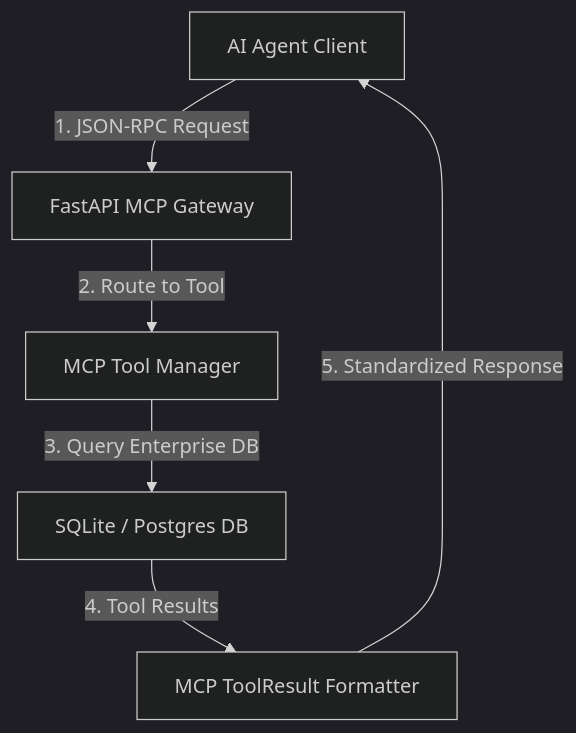
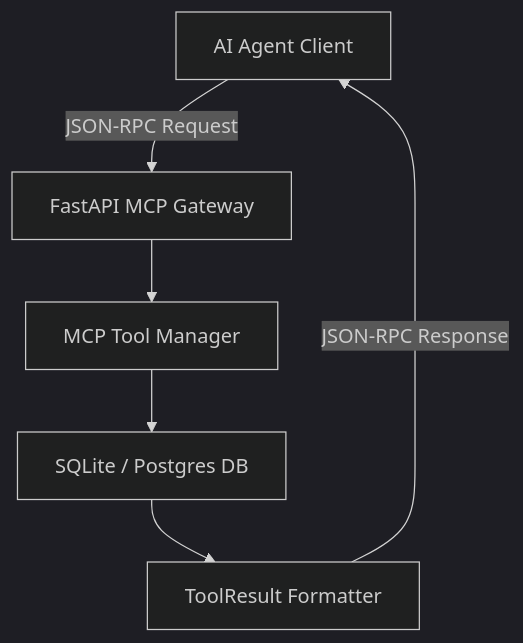
One commit to sricheru/agentic-ai-portfolio changed the first of 20 diagrams in genai_enterprise_usecases/ARCHITECTURE_GUIDE.md. Above: the diagram before and after it, drawn with Mermaid (dark theme). The commit also changed other lines of this file, not shown here.

Commit message:
fix(mermaid): switch to pure flowchart TD and remove label collisions

````diff
--- a/genai_enterprise_usecases/ARCHITECTURE_GUIDE.md
+++ b/genai_enterprise_usecases/ARCHITECTURE_GUIDE.md
@@ -11,8 +11,8 @@
 ```mermaid
-graph TD
-    Client["AI Agent Client"] -->|1. JSON-RPC Request| Gateway["FastAPI MCP Gateway"]
-    Gateway -->|2. Route to Tool| ToolManager["MCP Tool Manager"]
-    ToolManager -->|3. Query Enterprise DB| Database["SQLite / Postgres DB"]
-    Database -->|4. Tool Results| Formatter["MCP ToolResult Formatter"]
-    Formatter -->|5. Standardized Response| Client
+flowchart TD
+    Client[AI Agent Client] -->|JSON-RPC Request| Gateway[FastAPI MCP Gateway]
+    Gateway --> ToolManager[MCP Tool Manager]
+    ToolManager --> Database[SQLite / Postgres DB]
+    Database --> Formatter[ToolResult Formatter]
+    Formatter -->|JSON-RPC Response| Client
 ```
````
